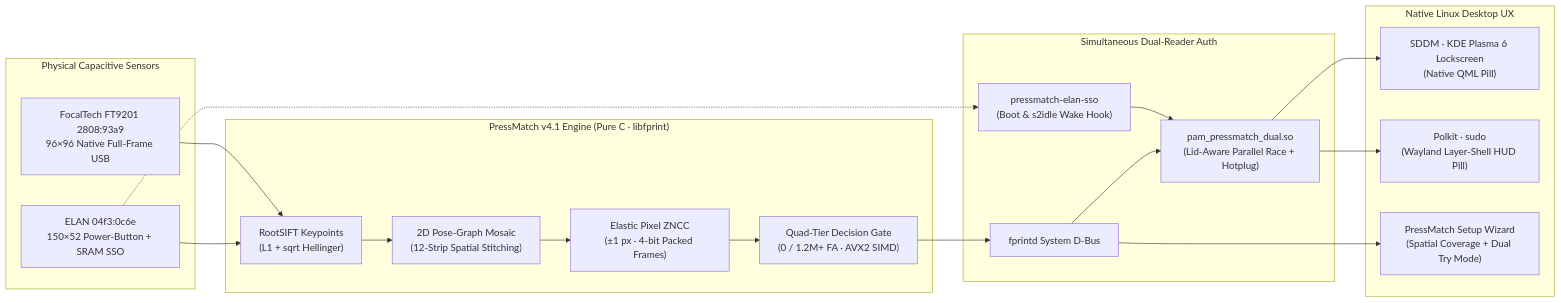
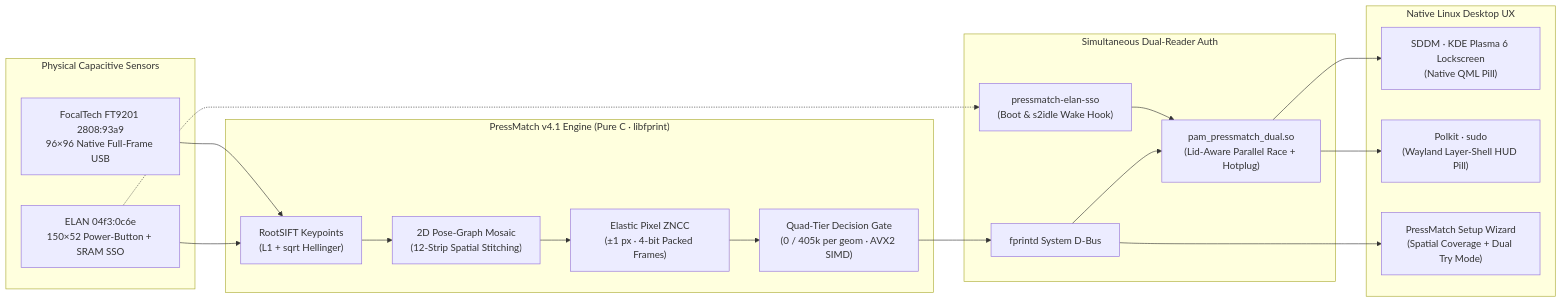
One commit to Alexander-Ettl/pressmatch-linux changed the diagram in README.md. Above: the diagram before and after it, drawn with Mermaid. The commit also changed other lines of this file and 1 other file, not shown here.

````diff
--- a/README.md
+++ b/README.md
@@ -72,37 +75,37 @@
 ```mermaid
 flowchart LR
     subgraph HW["Physical Capacitive Sensors"]
         ELAN["ELAN 04f3:0c6e<br/>150×52 Power-Button + SRAM SSO"]
         FT["FocalTech FT9201 2808:93a9<br/>96×96 Native Full-Frame USB"]
     end
 
     subgraph CORE["PressMatch v4.1 Engine (Pure C · libfprint)"]
         SIFT["RootSIFT Keypoints<br/>(L1 + sqrt Hellinger)"]
         PG["2D Pose-Graph Mosaic<br/>(12-Strip Spatial Stitching)"]
         ZNCC["Elastic Pixel ZNCC<br/>(±1 px · 4-bit Packed Frames)"]
-        GATE["Quad-Tier Decision Gate<br/>(0 / 1.2M+ FA · AVX2 SIMD)"]
+        GATE["Quad-Tier Decision Gate<br/>(0 / 405k per geom · AVX2 SIMD)"]
         SIFT --> PG --> ZNCC --> GATE
     end
 
     subgraph AUTH["Simultaneous Dual-Reader Auth"]
         FPRINTD["fprintd System D-Bus"]
         PAM["pam_pressmatch_dual.so<br/>(Lid-Aware Parallel Race + Hotplug)"]
         SSO["pressmatch-elan-sso<br/>(Boot & s2idle Wake Hook)"]
         FPRINTD --> PAM
         SSO --> PAM
     end
 
     subgraph UX["Native Linux Desktop UX"]
         LOCK["SDDM · KDE Plasma 6 Lockscreen<br/>(Native QML Pill)"]
         POLKIT["Polkit · sudo<br/>(Wayland Layer-Shell HUD Pill)"]
         GUI["PressMatch Setup Wizard<br/>(Spatial Coverage + Dual Try Mode)"]
     end
 
     ELAN --> SIFT
     ELAN -.-> SSO
     FT --> SIFT
     GATE --> FPRINTD
     PAM --> LOCK
     PAM --> POLKIT
     FPRINTD --> GUI
 ```
````
